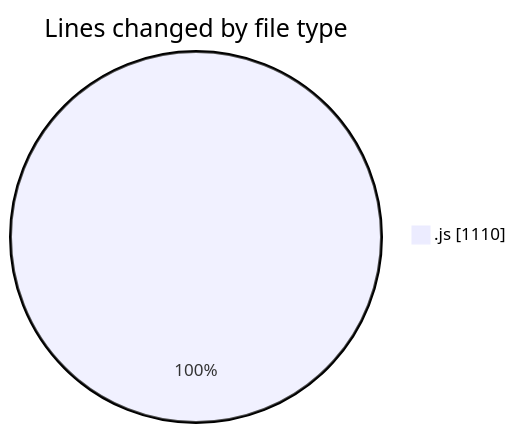
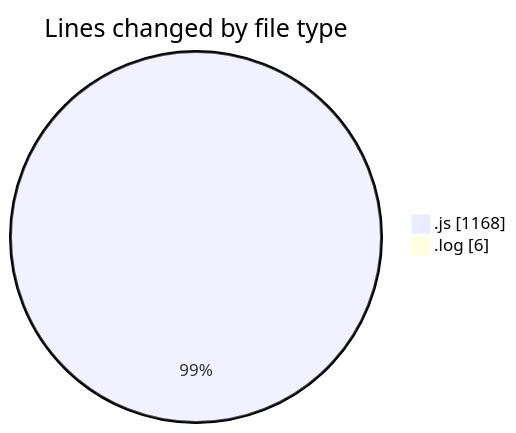
Before and after one commit to BS-eng2023/code-tracking: the first of 2 diagrams in 2025-03-31/jsvms/README.md, drawn with Mermaid. The commit also changed other lines of this file and 1 other file, not shown here.

````diff
--- a/2025-03-31/jsvms/README.md
+++ b/2025-03-31/jsvms/README.md
@@ -32,5 +33,6 @@
 ```mermaid
 pie showData
 title Lines changed by file type
-".js" : 1110
+".js" : 1168
+".log" : 6
 ```
````
